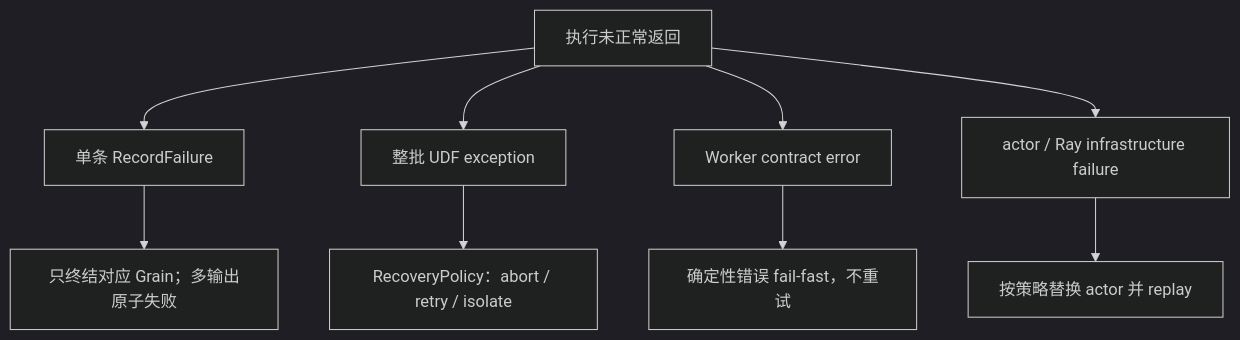
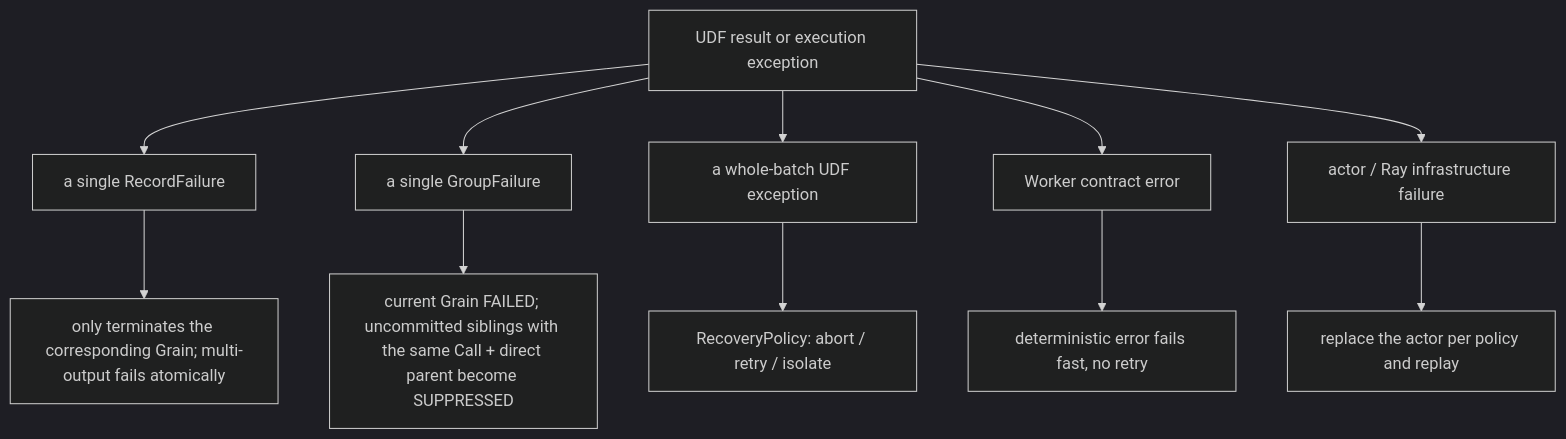
One commit to OpenDCAI/RayOrch changed diagram 20 of 24 in docs/multigrain_v3_6_getting_started.md. Above: the diagram before and after it, drawn with Mermaid (dark theme). The commit also changed other lines of this file and 31 other files, not shown here.

Commit message:
docs(v3.6): publish bilingual architecture guides

````diff
--- a/docs/multigrain_v3_6_getting_started.md
+++ b/docs/multigrain_v3_6_getting_started.md
@@ -1336,17 +1801,20 @@
 ```mermaid
 flowchart TD
-    Failure["执行未正常返回"]
-    Record["单条 RecordFailure"]
-    Udf["整批 UDF exception"]
+    Failure["UDF result or execution exception"]
+    Record["a single RecordFailure"]
+    Group["a single GroupFailure"]
+    Udf["a whole-batch UDF exception"]
     Contract["Worker contract error"]
     Infra["actor / Ray infrastructure failure"]
 
     Failure --> Record
+    Failure --> Group
     Failure --> Udf
     Failure --> Contract
     Failure --> Infra
-    Record --> PerGrain["只终结对应 Grain；多输出原子失败"]
-    Udf --> Policy["RecoveryPolicy：abort / retry / isolate"]
-    Infra --> Replace["按策略替换 actor 并 replay"]
-    Contract --> Fast["确定性错误 fail-fast，不重试"]
+    Record --> PerGrain["only terminates the corresponding Grain; multi-output fails atomically"]
+    Group --> PerParent["current Grain FAILED; uncommitted siblings with the same Call + direct parent become SUPPRESSED"]
+    Udf --> Policy["RecoveryPolicy: abort / retry / isolate"]
+    Infra --> Replace["replace the actor per policy and replay"]
+    Contract --> Fast["deterministic error fails fast, no retry"]
 ```
````
